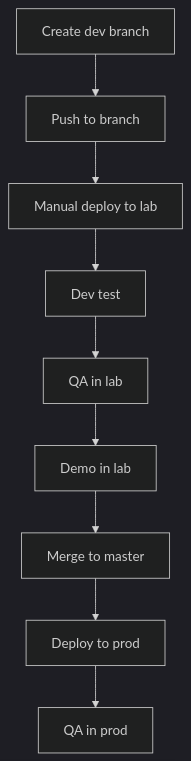
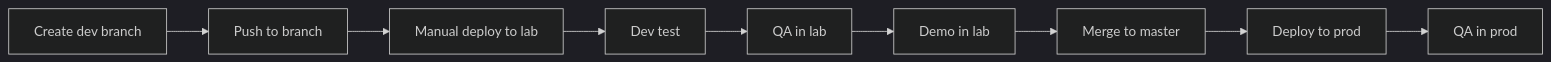
The first of 2 diagrams in ContinuousIntegration.md (mirceaned/Presentations), drawn with Mermaid (dark theme) before and after one commit. The commit also changed other lines of this file, not shown here.

Commit message:
more conversion to mermaid diagrams

````diff
--- a/ContinuousIntegration.md
+++ b/ContinuousIntegration.md
@@ -9,11 +9,11 @@
 ```mermaid
-    graph TD
+    graph LR
     A[Create dev branch] --> B[Push to branch]
     B --> C[Manual deploy to lab]
     C --> D[Dev test]
     D --> E[QA in lab]
     E --> F[Demo in lab]
     F --> G[Merge to master]
     G --> H[Deploy to prod]
     H --> I[QA in prod]
 ```
````
